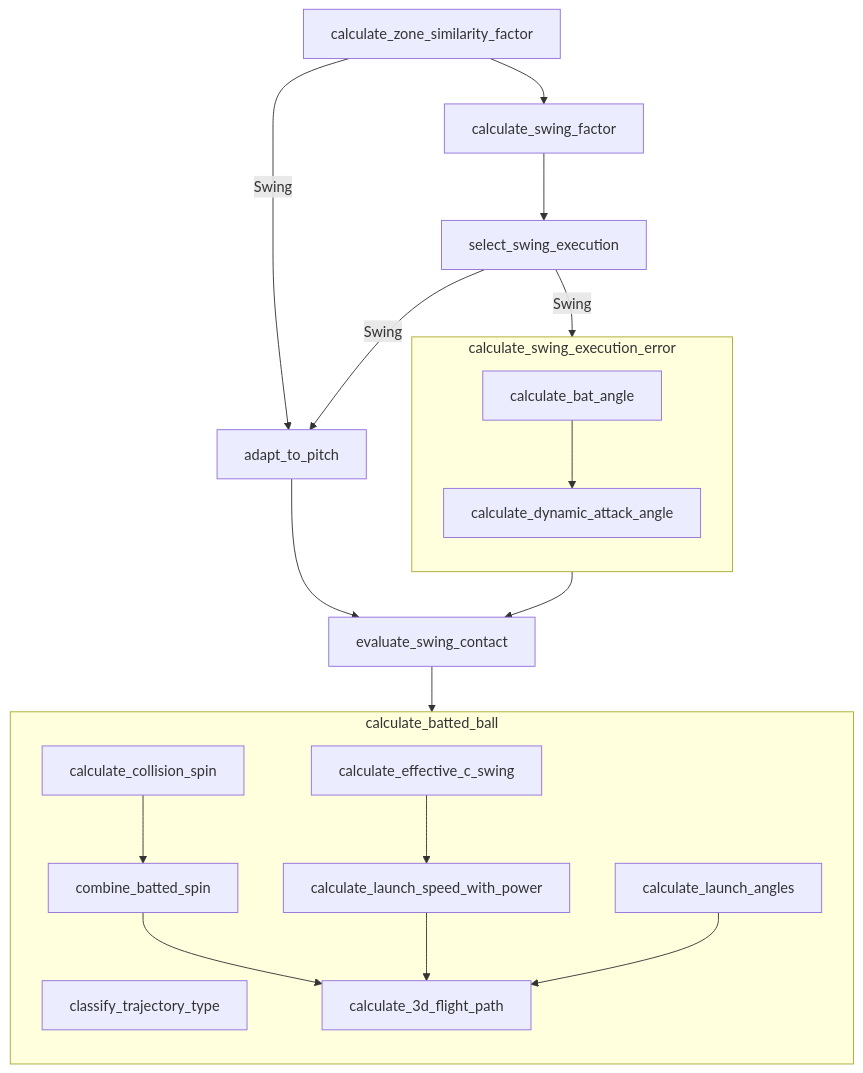
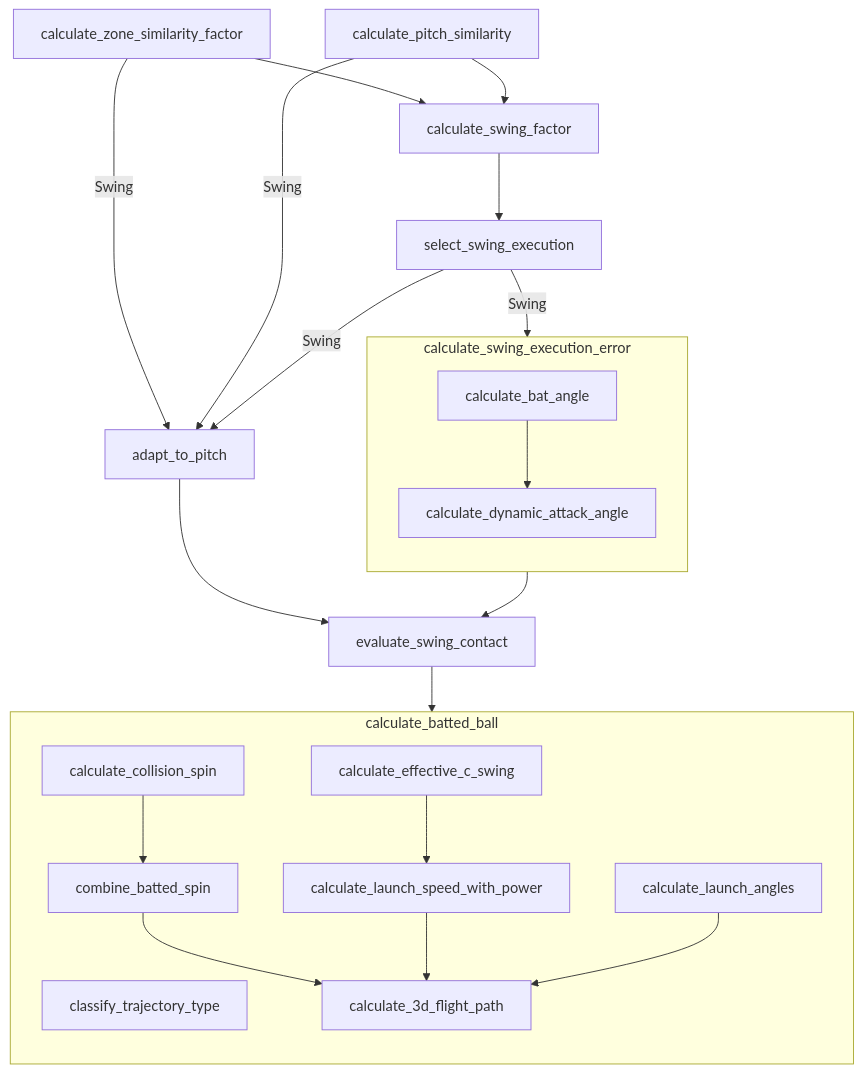
One commit to torafugu/saberbb changed the diagram in docs/mmd/batting_diagram.mmd. Above: the diagram before and after it, drawn with Mermaid. The commit also changed 4 other files, not shown here.

Commit message:
calculate_pitch_similarity was added.

```diff
--- a/docs/mmd/batting_diagram.mmd
+++ b/docs/mmd/batting_diagram.mmd
@@ -1,20 +1,22 @@
 flowchart TD
     calculate_zone_similarity_factor --> calculate_swing_factor
     calculate_zone_similarity_factor --> |Swing|adapt_to_pitch
+    calculate_pitch_similarity --> calculate_swing_factor
+    calculate_pitch_similarity --> |Swing|adapt_to_pitch
     calculate_swing_factor --> select_swing_execution
     select_swing_execution --> |Swing|adapt_to_pitch --> evaluate_swing_contact
     select_swing_execution --> |Swing|calculate_swing_execution_error --> evaluate_swing_contact
     evaluate_swing_contact --> calculate_batted_ball
 
     subgraph calculate_swing_execution_error
         direction TB
         calculate_bat_angle --> calculate_dynamic_attack_angle
     end
 
     subgraph calculate_batted_ball
         direction TB
         classify_trajectory_type
         calculate_collision_spin --> combine_batted_spin --> calculate_3d_flight_path
         calculate_effective_c_swing --> calculate_launch_speed_with_power --> calculate_3d_flight_path
         calculate_launch_angles --> calculate_3d_flight_path
     end
```
